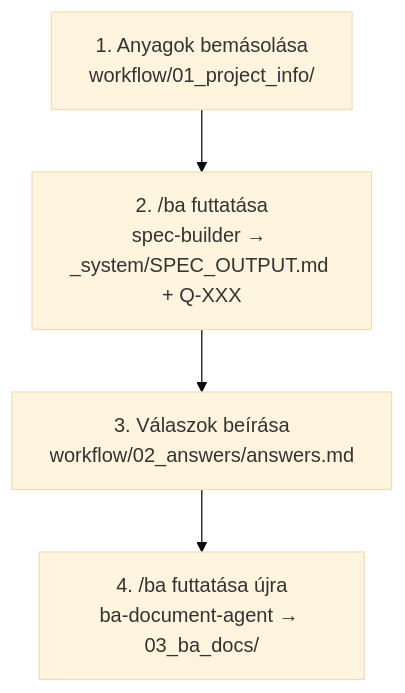
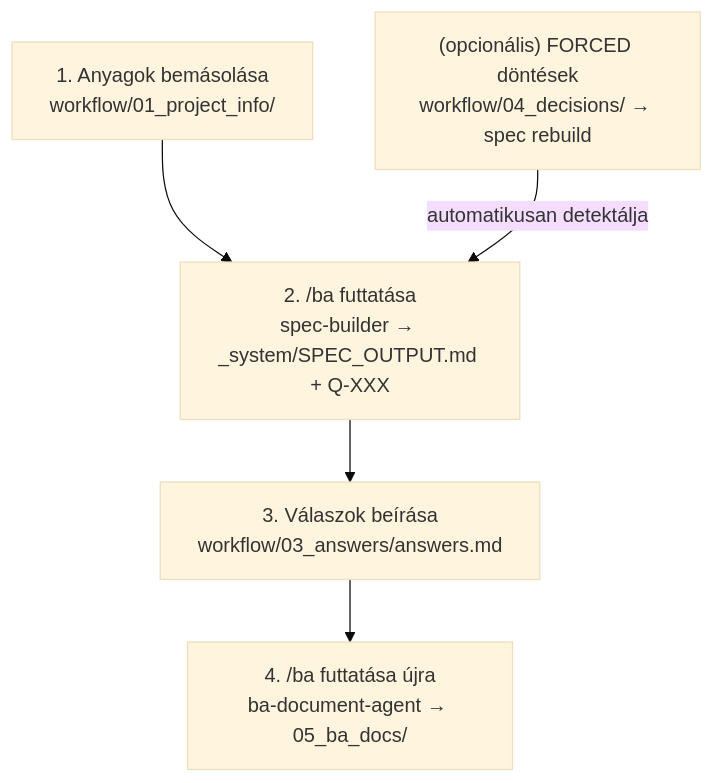
The third of 3 diagrams in HANDBOOK.md (exphoenee/ba-team-docs), drawn with Mermaid (base theme) before and after one commit. The commit also changed other lines of this file and 35 other files, not shown here.

````diff
--- a/HANDBOOK.md
+++ b/HANDBOOK.md
@@ -400,9 +447,11 @@
 ```mermaid
 flowchart TD
     Step1["1. Anyagok bemásolása\nworkflow/01_project_info/"]
     Step2["2. /ba futtatása\nspec-builder → _system/SPEC_OUTPUT.md + Q-XXX"]
-    Step3["3. Válaszok beírása\nworkflow/02_answers/answers.md"]
-    Step4["4. /ba futtatása újra\nba-document-agent → 03_ba_docs/"]
+    Step2b["(opcionális) FORCED döntések\nworkflow/04_decisions/ → spec rebuild"]
+    Step3["3. Válaszok beírása\nworkflow/03_answers/answers.md"]
+    Step4["4. /ba futtatása újra\nba-document-agent → 05_ba_docs/"]
 
     Step1 --> Step2 --> Step3 --> Step4
+    Step2b -->|"automatikusan detektálja"| Step2
 ```
````
